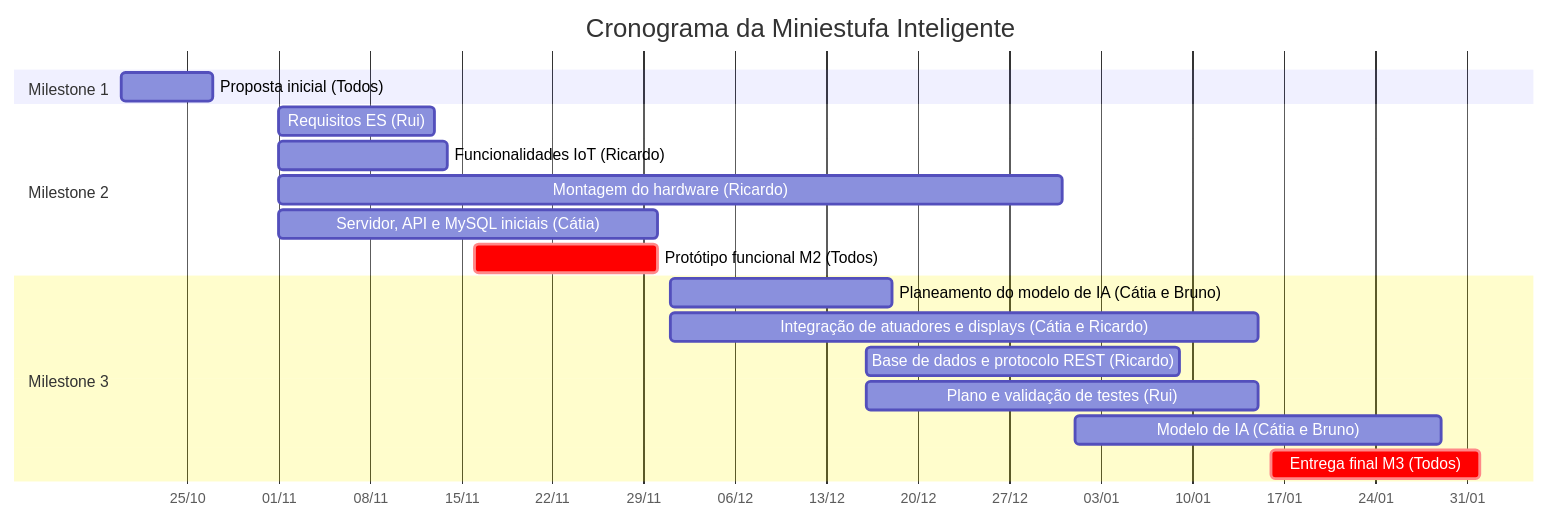
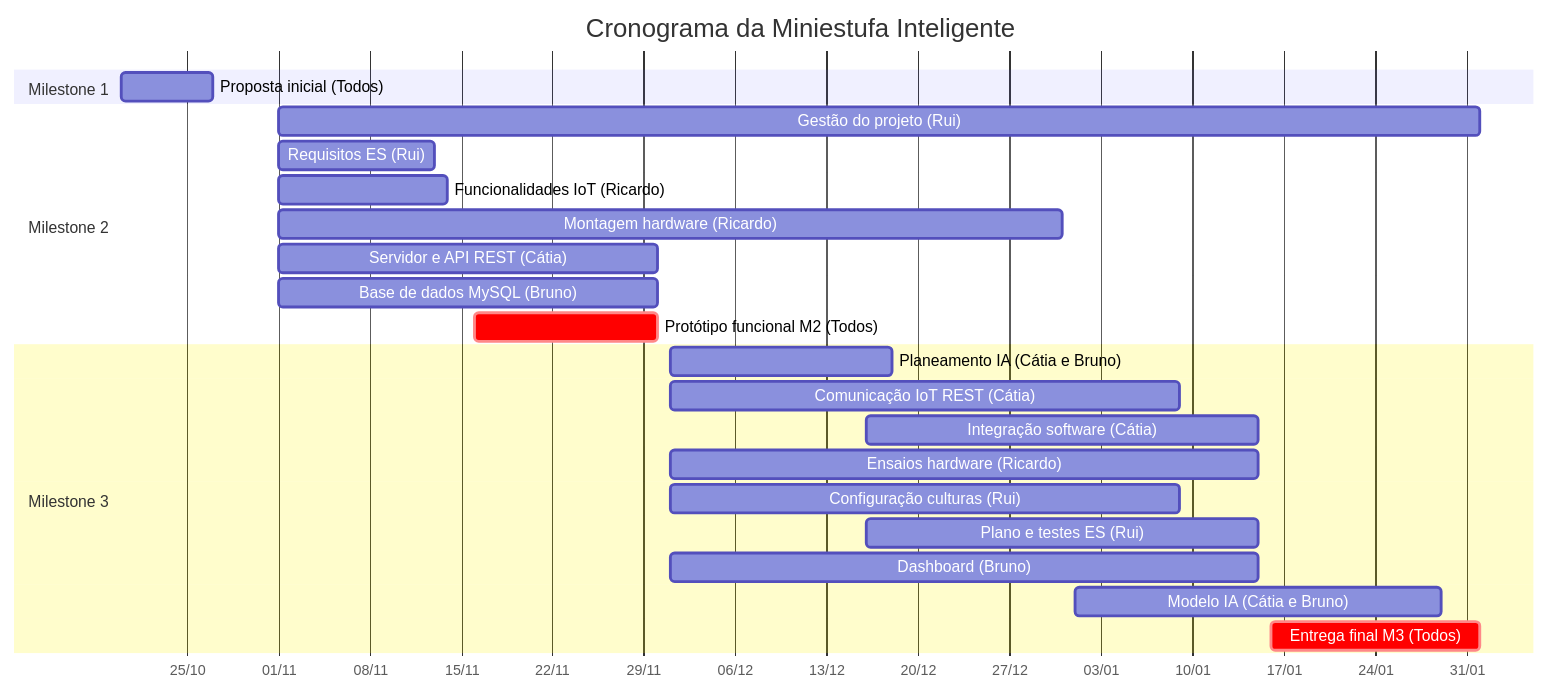
One commit to Ruif84/PBL-5o-semestre-2026-2027 changed the diagram in Documentacao/1aEntrega/README.md. Above: the diagram before and after it, drawn with Mermaid. The commit also changed other lines of this file, not shown here.

````diff
--- a/Documentacao/1aEntrega/README.md
+++ b/Documentacao/1aEntrega/README.md
@@ -193,21 +198,29 @@
 ```mermaid
 gantt
     title Cronograma da Miniestufa Inteligente
     dateFormat YYYY-MM-DD
     axisFormat %d/%m
+
     section Milestone 1
-    Proposta inicial (Todos)                      :2026-10-20, 2026-10-27
+    Proposta inicial (Todos) :2026-10-20, 2026-10-27
+
     section Milestone 2
-    Requisitos ES (Rui)                           :2026-11-01, 2026-11-13
-    Funcionalidades IoT (Ricardo)                 :2026-11-01, 2026-11-14
-    Montagem do hardware (Ricardo)                :2026-11-01, 2026-12-31
-    Servidor, API e MySQL iniciais (Cátia)        :2026-11-01, 2026-11-30
-    Protótipo funcional M2 (Todos)                :crit, 2026-11-16, 2026-11-30
+    Gestão do projeto (Rui) :2026-11-01, 2027-02-01
+    Requisitos ES (Rui) :2026-11-01, 2026-11-13
+    Funcionalidades IoT (Ricardo) :2026-11-01, 2026-11-14
+    Montagem hardware (Ricardo) :2026-11-01, 2026-12-31
+    Servidor e API REST (Cátia) :2026-11-01, 2026-11-30
+    Base de dados MySQL (Bruno) :2026-11-01, 2026-11-30
+    Protótipo funcional M2 (Todos) :crit, 2026-11-16, 2026-11-30
+
     section Milestone 3
-    Planeamento do modelo de IA (Cátia e Bruno)           :2026-12-01, 2026-12-18
-    Integração de atuadores e displays (Cátia e Ricardo) :2026-12-01, 2027-01-15
-    Base de dados e protocolo REST (Ricardo)      :2026-12-16, 2027-01-09
-    Plano e validação de testes (Rui)             :2026-12-16, 2027-01-15
-    Modelo de IA (Cátia e Bruno)                    :2027-01-01, 2027-01-29
-    Entrega final M3 (Todos)                      :crit, 2027-01-16, 2027-02-01
+    Planeamento IA (Cátia e Bruno) :2026-12-01, 2026-12-18
+    Comunicação IoT REST (Cátia) :2026-12-01, 2027-01-09
+    Integração software (Cátia) :2026-12-16, 2027-01-15
+    Ensaios hardware (Ricardo) :2026-12-01, 2027-01-15
+    Configuração culturas (Rui) :2026-12-01, 2027-01-09
+    Plano e testes ES (Rui) :2026-12-16, 2027-01-15
+    Dashboard (Bruno) :2026-12-01, 2027-01-15
+    Modelo IA (Cátia e Bruno) :2027-01-01, 2027-01-29
+    Entrega final M3 (Todos) :crit, 2027-01-16, 2027-02-01
 ```
````
